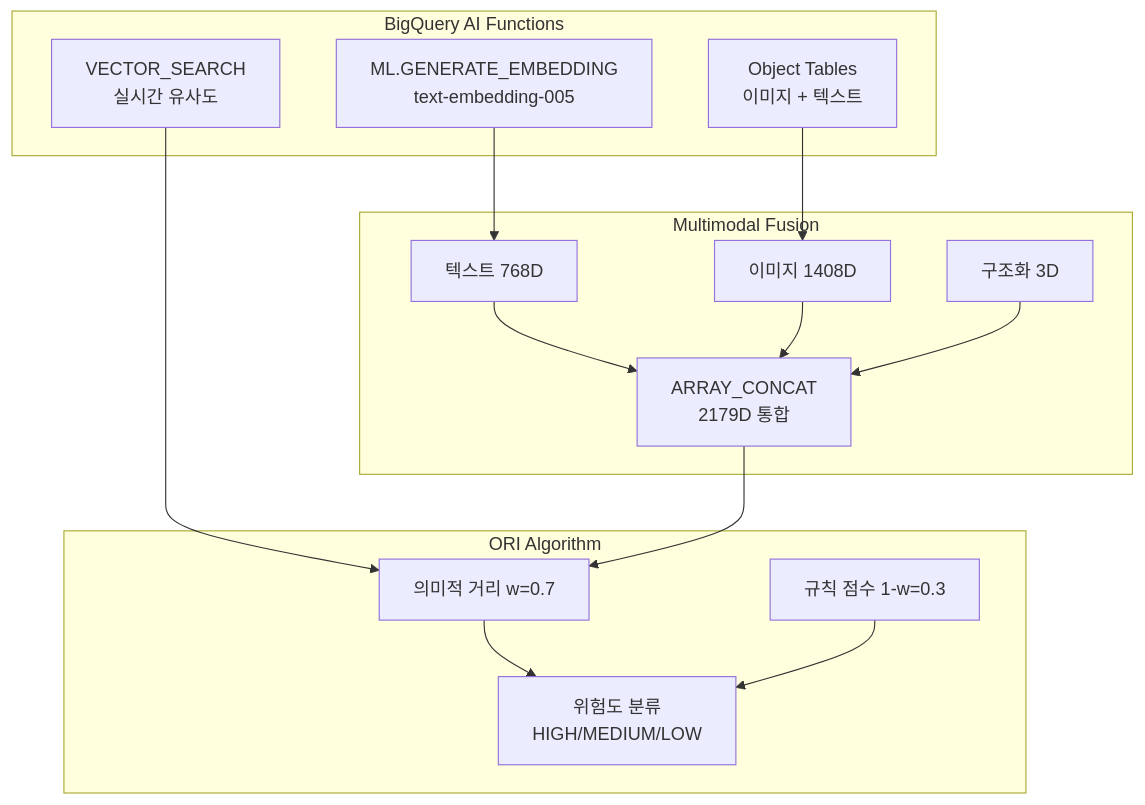
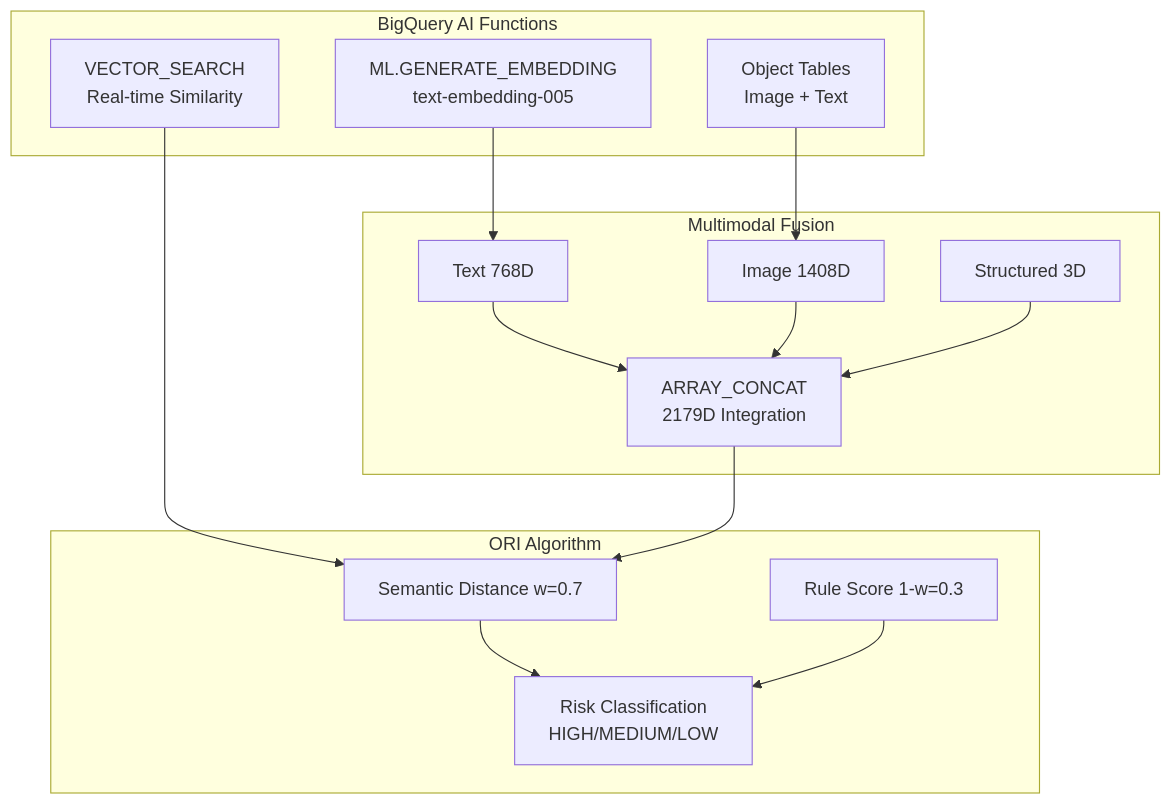
The diagram in JUDGES.md (tongro2025/Descent-AI), drawn with Mermaid before and after one commit. The commit also changed other lines of this file and 1 other file, not shown here.

````diff
--- a/JUDGES.md
+++ b/JUDGES.md
@@ -97,31 +97,31 @@
 ```mermaid
 graph TB
     subgraph "BigQuery AI Functions"
         A[ML.GENERATE_EMBEDDING<br/>text-embedding-005]
-        B[VECTOR_SEARCH<br/>실시간 유사도]
-        C[Object Tables<br/>이미지 + 텍스트]
+        B[VECTOR_SEARCH<br/>Real-time Similarity]
+        C[Object Tables<br/>Image + Text]
     end
     
     subgraph "Multimodal Fusion"
-        D[텍스트 768D]
-        E[이미지 1408D]
-        F[구조화 3D]
-        G[ARRAY_CONCAT<br/>2179D 통합]
+        D[Text 768D]
+        E[Image 1408D]
+        F[Structured 3D]
+        G[ARRAY_CONCAT<br/>2179D Integration]
     end
     
     subgraph "ORI Algorithm"
-        H[의미적 거리 w=0.7]
-        I[규칙 점수 1-w=0.3]
-        J[위험도 분류<br/>HIGH/MEDIUM/LOW]
+        H[Semantic Distance w=0.7]
+        I[Rule Score 1-w=0.3]
+        J[Risk Classification<br/>HIGH/MEDIUM/LOW]
     end
     
     A --> D
     C --> E
     B --> H
     D --> G
     E --> G
     F --> G
     G --> H
     H --> J
     I --> J
 ```
````
